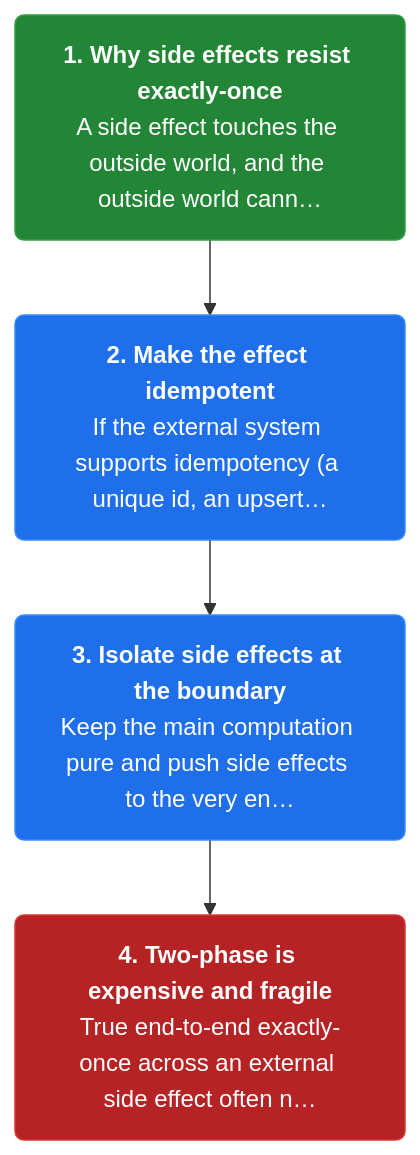
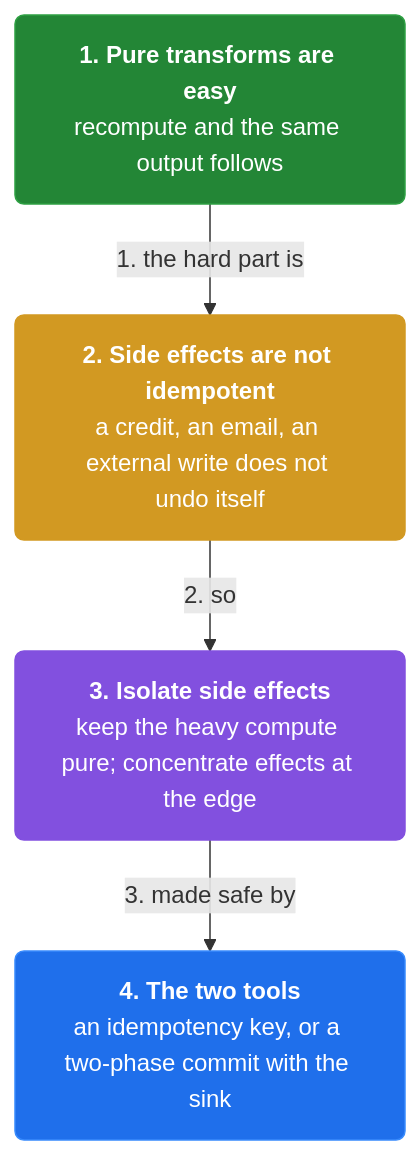
One commit to vinayakuber/streaming-systems-study-guide changed the third of 19 diagrams in docs/ch05-exactly-once-and-side-effects.md. Above: the diagram before and after it, drawn with Mermaid. The commit also changed other lines of this file and 12 other files, not shown here.

First line of the commit message:
Author per-section and per-card mermaid diagrams (110 diagrams)

````diff
--- a/docs/ch05-exactly-once-and-side-effects.md
+++ b/docs/ch05-exactly-once-and-side-effects.md
@@ -93,13 +99,15 @@
 ```mermaid
 flowchart TD
-  classDef step fill:#1f6feb,color:#ffffff,stroke:#388bfd,stroke-width:1px,rx:6
+  classDef step fill:#1f6feb,color:#ffffff,stroke:#388bfd,rx:6
+  classDef core fill:#8250df,color:#ffffff,stroke:#8250df,rx:6
+  classDef warn fill:#d29922,color:#ffffff,stroke:#d29922,rx:6
   classDef start fill:#238636,color:#ffffff,stroke:#2ea043,rx:6
   classDef stop fill:#b62324,color:#ffffff,stroke:#da3633,rx:6
-  s2n0["<b>1. Why side effects resist exactly-once</b><br/>A side effect touches the outside world, and the outside world cann…"]:::start
-  s2n1["<b>2. Make the effect idempotent</b><br/>If the external system supports idempotency (a unique id, an upsert…"]:::step
-  s2n2["<b>3. Isolate side effects at the boundary</b><br/>Keep the main computation pure and push side effects to the very en…"]:::step
-  s2n3["<b>4. Two-phase is expensive and fragile</b><br/>True end-to-end exactly-once across an external side effect often n…"]:::stop
-  s2n0 --> s2n1
-  s2n1 --> s2n2
-  s2n2 --> s2n3
+  n0["<b>1. Pure transforms are easy</b><br/>recompute and the same output follows"]:::start
+  n1["<b>2. Side effects are not idempotent</b><br/>a credit, an email, an external write does not undo itself"]:::warn
+  n2["<b>3. Isolate side effects</b><br/>keep the heavy compute pure; concentrate effects at the edge"]:::core
+  n3["<b>4. The two tools</b><br/>an idempotency key, or a two-phase commit with the sink"]:::step
+  n0 -->|"1. the hard part is"| n1
+  n1 -->|"2. so"| n2
+  n2 -->|"3. made safe by"| n3
 ```
````
